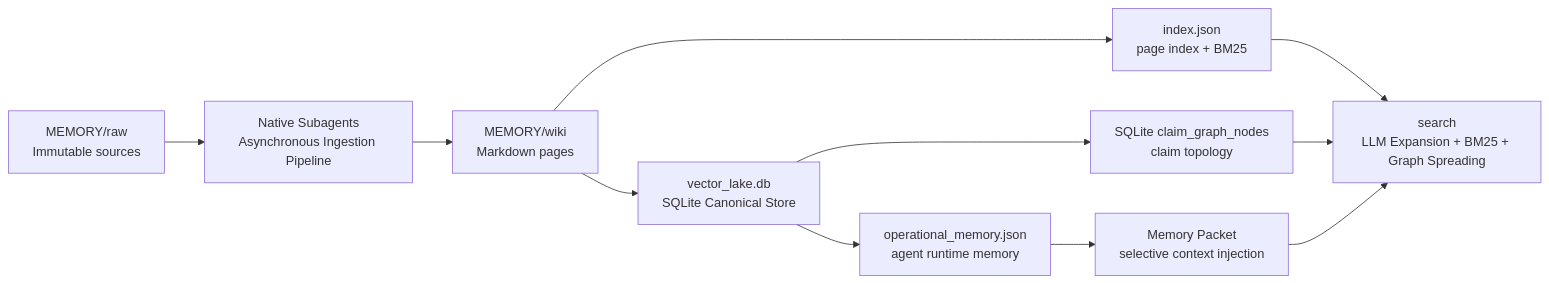
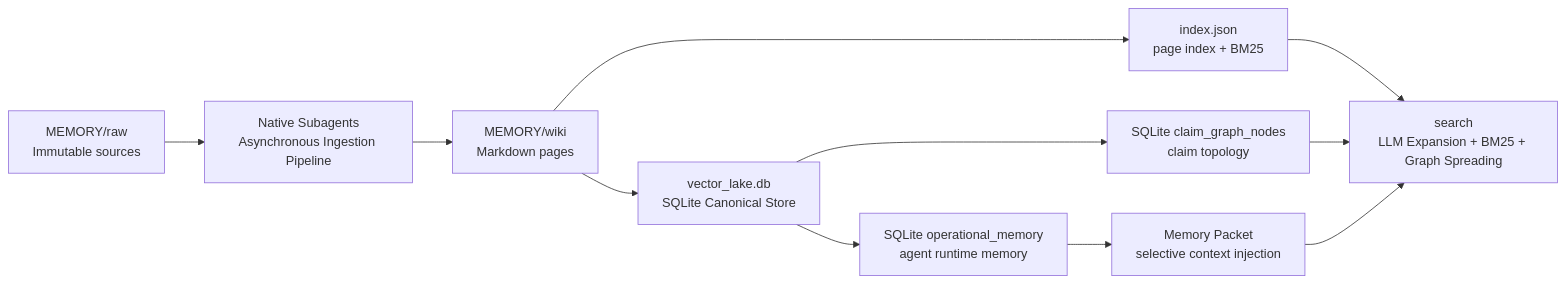
Before and after one commit to shawnshi/vector-lake: the diagram in README.md, drawn with Mermaid. The commit also changed other lines of this file and 17 other files, not shown here.

Commit message:
refactor(architecture): V11.8 Network blockade fix, AST sandbox hardening, and SQLite unification

````diff
--- a/README.md
+++ b/README.md
@@ -18,13 +17,13 @@
 ```mermaid
 graph LR
     RAW["MEMORY/raw<br>Immutable sources"] --> INGEST["Native Subagents<br>Asynchronous Ingestion Pipeline"]
     INGEST --> WIKI["MEMORY/wiki<br>Markdown pages"]
     WIKI --> INDEX["index.json<br>page index + BM25"]
     WIKI --> META["vector_lake.db<br>SQLite Canonical Store"]
     META --> CLAIM["SQLite claim_graph_nodes<br>claim topology"]
-    META --> MEMORY["operational_memory.json<br>agent runtime memory"]
+    META --> MEMORY["SQLite operational_memory<br>agent runtime memory"]
     MEMORY --> PACKET["Memory Packet<br>selective context injection"]
     INDEX --> QUERY["search<br>LLM Expansion + BM25 + Graph Spreading"]
     CLAIM --> QUERY
     PACKET --> QUERY
 ```
````
